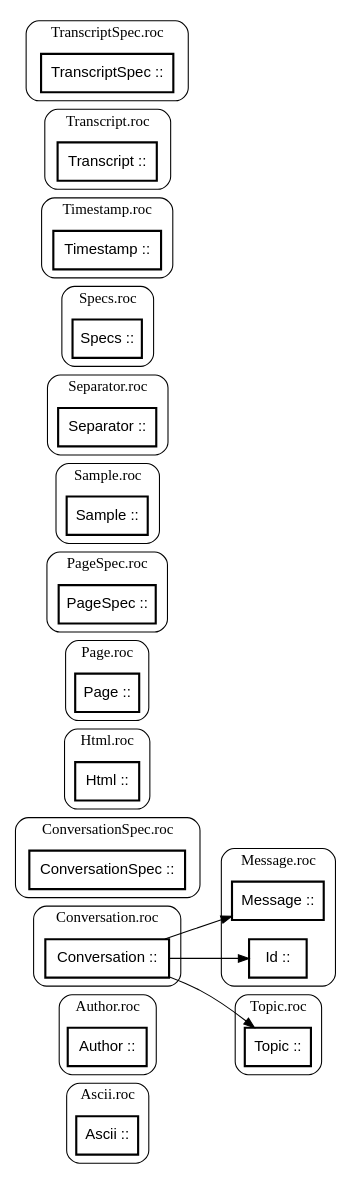
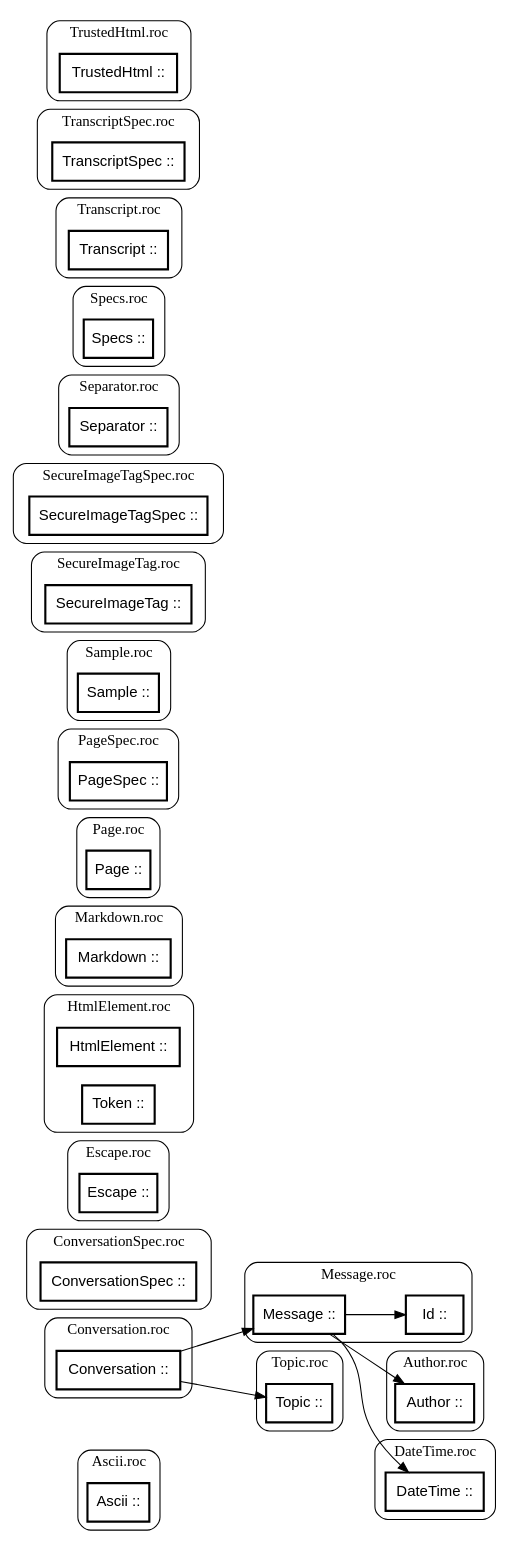
The second of 2 diagrams in notes/gopher-roc-pictures.md (showell/essay-repl-server), drawn with Graphviz before and after one commit. The commit also changed other lines of this file and 2 other files, not shown here.

Commit message:
notes: gopher-roc's first milestone

````diff
--- a/notes/gopher-roc-pictures.md
+++ b/notes/gopher-roc-pictures.md
@@ -93,10 +107,26 @@
     style=rounded;
     "ConversationSpec" [label="ConversationSpec ::", shape=box, style=bold];
   }
-  subgraph "cluster_Html" {
-    label="Html.roc";
+  subgraph "cluster_DateTime" {
+    label="DateTime.roc";
     style=rounded;
-    "Html" [label="Html ::", shape=box, style=bold];
+    "DateTime" [label="DateTime ::", shape=box, style=bold];
+  }
+  subgraph "cluster_Escape" {
+    label="Escape.roc";
+    style=rounded;
+    "Escape" [label="Escape ::", shape=box, style=bold];
+  }
+  subgraph "cluster_HtmlElement" {
+    label="HtmlElement.roc";
+    style=rounded;
+    "HtmlElement" [label="HtmlElement ::", shape=box, style=bold];
+    "HtmlElement.Token" [label="Token ::", shape=box, style=bold];
+  }
+  subgraph "cluster_Markdown" {
+    label="Markdown.roc";
+    style=rounded;
+    "Markdown" [label="Markdown ::", shape=box, style=bold];
   }
   subgraph "cluster_Message" {
     label="Message.roc";
@@ -119,6 +149,16 @@
     style=rounded;
     "Sample" [label="Sample ::", shape=box, style=bold];
   }
+  subgraph "cluster_SecureImageTag" {
+    label="SecureImageTag.roc";
+    style=rounded;
+    "SecureImageTag" [label="SecureImageTag ::", shape=box, style=bold];
+  }
+  subgraph "cluster_SecureImageTagSpec" {
+    label="SecureImageTagSpec.roc";
+    style=rounded;
+    "SecureImageTagSpec" [label="SecureImageTagSpec ::", shape=box, style=bold];
+  }
   subgraph "cluster_Separator" {
     label="Separator.roc";
     style=rounded;
@@ -128,11 +168,6 @@
     label="Specs.roc";
     style=rounded;
     "Specs" [label="Specs ::", shape=box, style=bold];
-  }
-  subgraph "cluster_Timestamp" {
-    label="Timestamp.roc";
-    style=rounded;
-    "Timestamp" [label="Timestamp ::", shape=box, style=bold];
   }
   subgraph "cluster_Topic" {
     label="Topic.roc";
@@ -149,8 +184,15 @@
     style=rounded;
     "TranscriptSpec" [label="TranscriptSpec ::", shape=box, style=bold];
   }
+  subgraph "cluster_TrustedHtml" {
+    label="TrustedHtml.roc";
+    style=rounded;
+    "TrustedHtml" [label="TrustedHtml ::", shape=box, style=bold];
+  }
   "Conversation" -> "Message";
-  "Conversation" -> "Message.Id";
   "Conversation" -> "Topic";
+  "Message" -> "Author";
+  "Message" -> "DateTime";
+  "Message" -> "Message.Id";
 }
 ```
````
